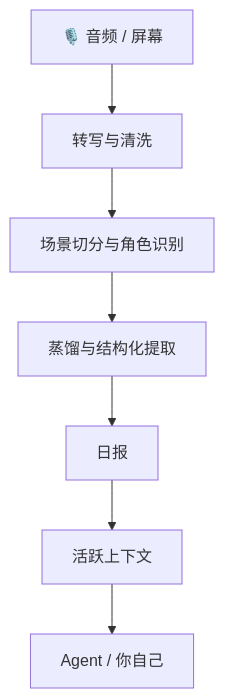
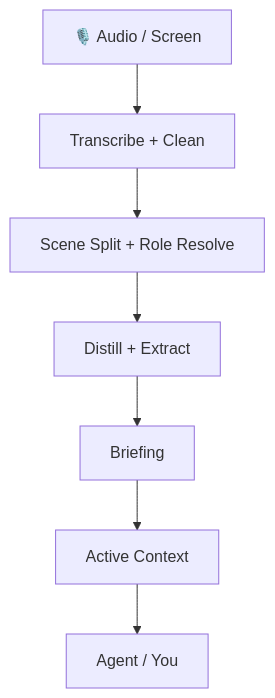
One commit to openmy-ai/openmy changed the diagram in README.md. Above: the diagram before and after it, drawn with Mermaid. The commit also changed other lines of this file and 9 other files, not shown here.

````diff
--- a/README.md
+++ b/README.md
@@ -139,9 +134,9 @@
 ```mermaid
 graph TD
-    A["🎙️ 音频 / 屏幕"] --> B["转写与清洗"]
-    B --> C["场景切分与角色识别"]
-    C --> D["蒸馏与结构化提取"]
-    D --> E["日报"]
-    E --> F["活跃上下文"]
-    F --> G["Agent / 你自己"]
+    A["🎙️ Audio / Screen"] --> B["Transcribe + Clean"]
+    B --> C["Scene Split + Role Resolve"]
+    C --> D["Distill + Extract"]
+    D --> E["Briefing"]
+    E --> F["Active Context"]
+    F --> G["Agent / You"]
 ```
````
